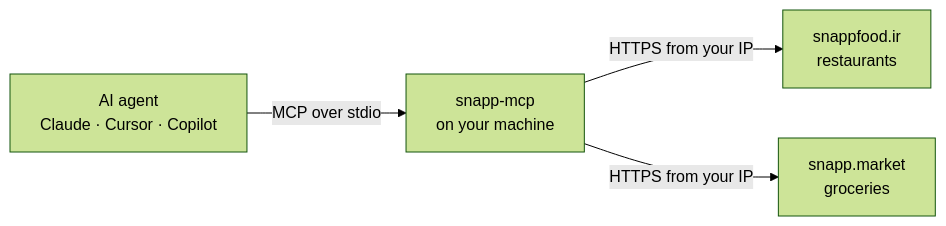
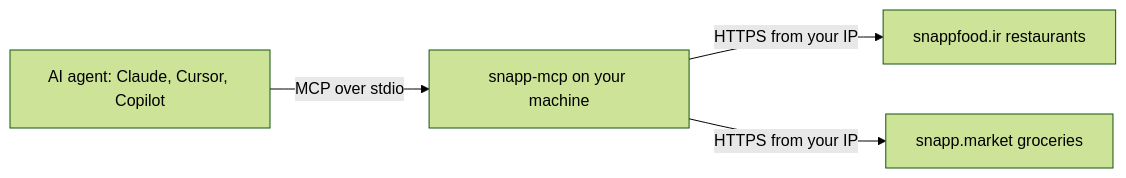
The diagram in README.md (sepehr071/snapp-mcp), drawn with Mermaid (forest theme) before and after one commit. The commit also changed other lines of this file and 1 other file, not shown here.

Commit message:
docs: fix RTL ordering and diagram in README, add Python classifiers

````diff
--- a/README.md
+++ b/README.md
@@ -118,6 +118,6 @@
 ```mermaid
 flowchart LR
-    A["AI agent<br/>Claude · Cursor · Copilot"] -- "MCP over stdio" --> S["snapp-mcp<br/>on your machine"]
-    S -- "HTTPS from your IP" --> F["snappfood.ir<br/>restaurants"]
-    S -- "HTTPS from your IP" --> M["snapp.market<br/>groceries"]
+    A[AI agent: Claude, Cursor, Copilot] -->|MCP over stdio| S[snapp-mcp on your machine]
+    S -->|HTTPS from your IP| F[snappfood.ir restaurants]
+    S -->|HTTPS from your IP| M[snapp.market groceries]
 ```
````
